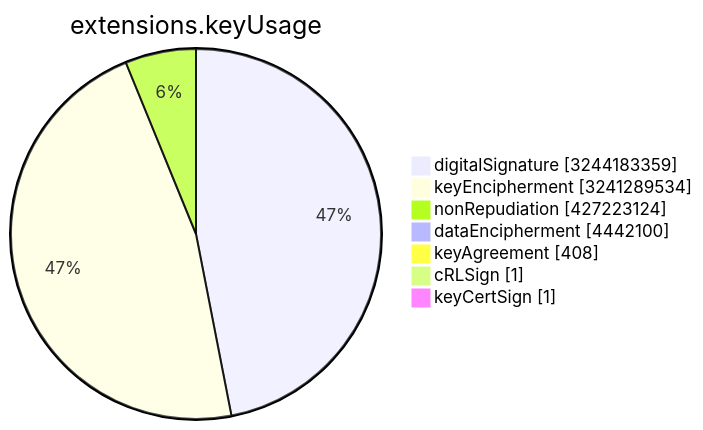
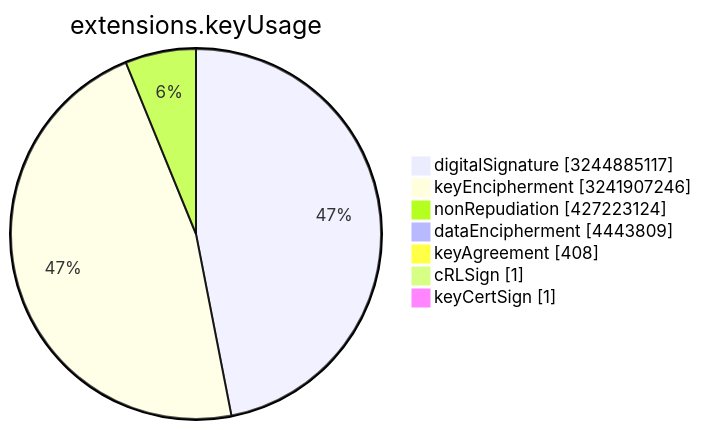
Before and after one commit to christiankrug/ctmonitor_visualization: the sixth of 15 diagrams in TOTAL/README.md, drawn with Mermaid. The commit also changed other lines of this file, not shown here.

````diff
--- a/TOTAL/README.md
+++ b/TOTAL/README.md
@@ -3077,11 +3077,11 @@
 ```mermaid
 pie showData
 title extensions.keyUsage
-"digitalSignature" :3244183359
-"keyEncipherment" :3241289534
+"digitalSignature" :3244885117
+"keyEncipherment" :3241907246
 "nonRepudiation" :427223124
-"dataEncipherment" :4442100
+"dataEncipherment" :4443809
 "keyAgreement" :408
 "cRLSign" :1
 "keyCertSign" :1
 ```
````
